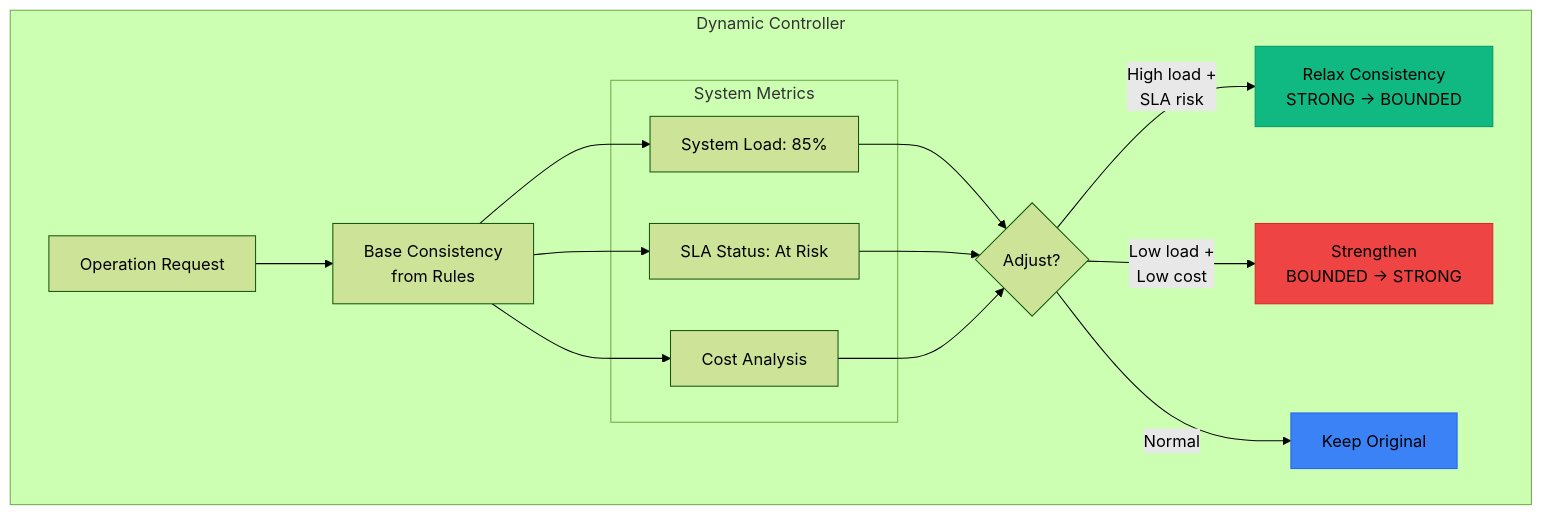
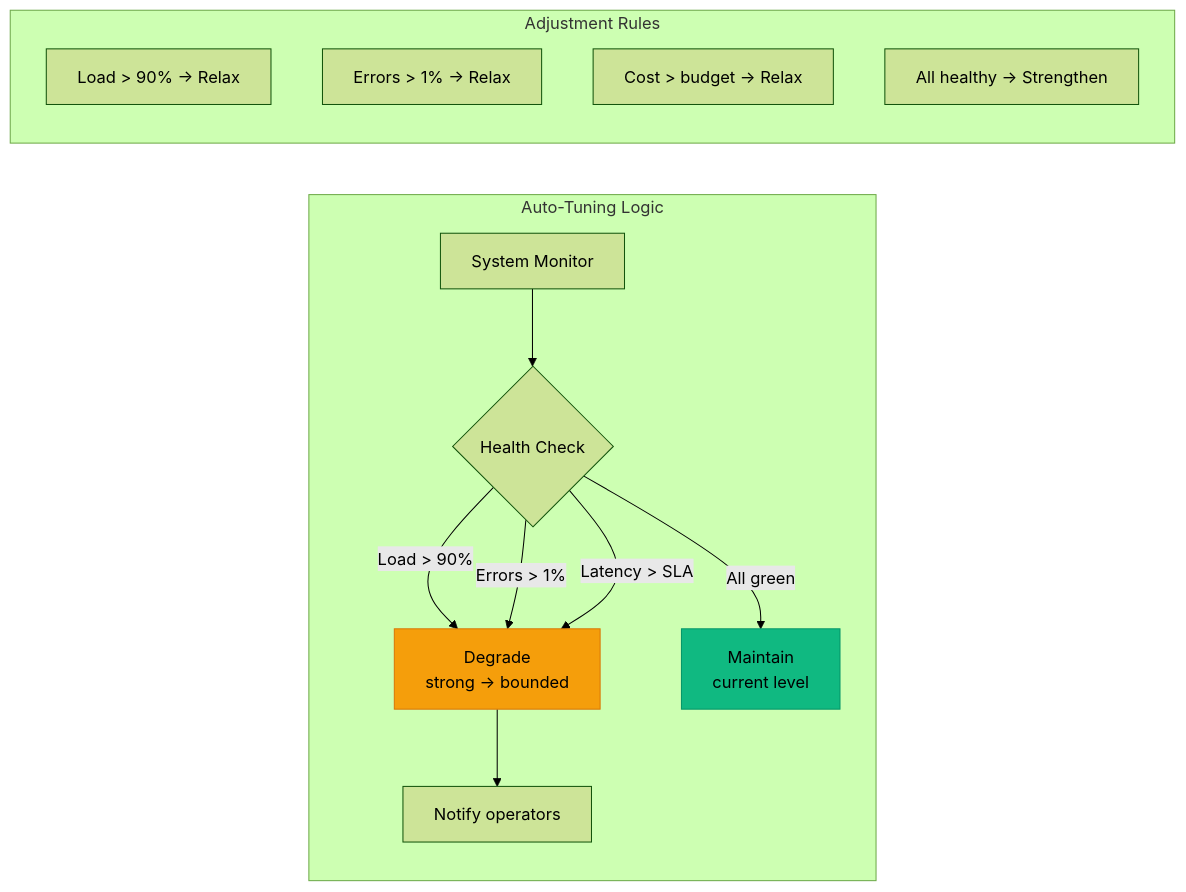
Diagram 18 of 30 in docs/pattern-library/data-management/tunable-consistency.md (deepaucksharma/DStudio), drawn with Mermaid (forest theme) before and after one commit. The commit also changed other lines of this file and 191 other files, not shown here.

````diff
--- a/docs/pattern-library/data-management/tunable-consistency.md
+++ b/docs/pattern-library/data-management/tunable-consistency.md
@@ -524,36 +542,24 @@
 ```mermaid
-flowchart TB
-    subgraph "Dynamic Controller"
-        Start[Operation Request]
-        Base[Base Consistency<br/>from Rules]
+flowchart LR
+    subgraph "Auto-Tuning Logic"
+        Monitor["System Monitor"] --> Check{"Health Check"}
         
-        subgraph "System Metrics"
-            Load[System Load: 85%]
-            SLA[SLA Status: At Risk]
-            Cost[Cost Analysis]
-        end
+        Check -->|Load > 90%| Degrade["Degrade\nstrong → bounded"]
+        Check -->|Errors > 1%| Degrade
+        Check -->|Latency > SLA| Degrade
         
-        Decision{Adjust?}
+        Check -->|All green| Maintain["Maintain\ncurrent level"]
         
-        Relax[Relax Consistency<br/>STRONG → BOUNDED]
-        Strengthen[Strengthen<br/>BOUNDED → STRONG]
-        Keep[Keep Original]
+        Degrade --> NotifyOps["Notify operators"]
         
-        Start --> Base
-        Base --> Load
-        Base --> SLA
-        Base --> Cost
-        
-        Load --> Decision
-        SLA --> Decision
-        Cost --> Decision
-        
-        Decision -->|High load +<br/>SLA risk| Relax
-        Decision -->|Low load +<br/>Low cost| Strengthen
-        Decision -->|Normal| Keep
+        style Degrade fill:#f59e0b,stroke:#d97706
+        style Maintain fill:#10b981,stroke:#059669
     end
     
-    style Relax fill:#10b981,stroke:#059669
-    style Strengthen fill:#ef4444,stroke:#dc2626
-    style Keep fill:#3b82f6,stroke:#2563eb
+    subgraph "Adjustment Rules"
+        R1["Load > 90% → Relax"]
+        R2["Errors > 1% → Relax"]
+        R3["Cost > budget → Relax"]
+        R4["All healthy → Strengthen"]
+    end
 ```
````
